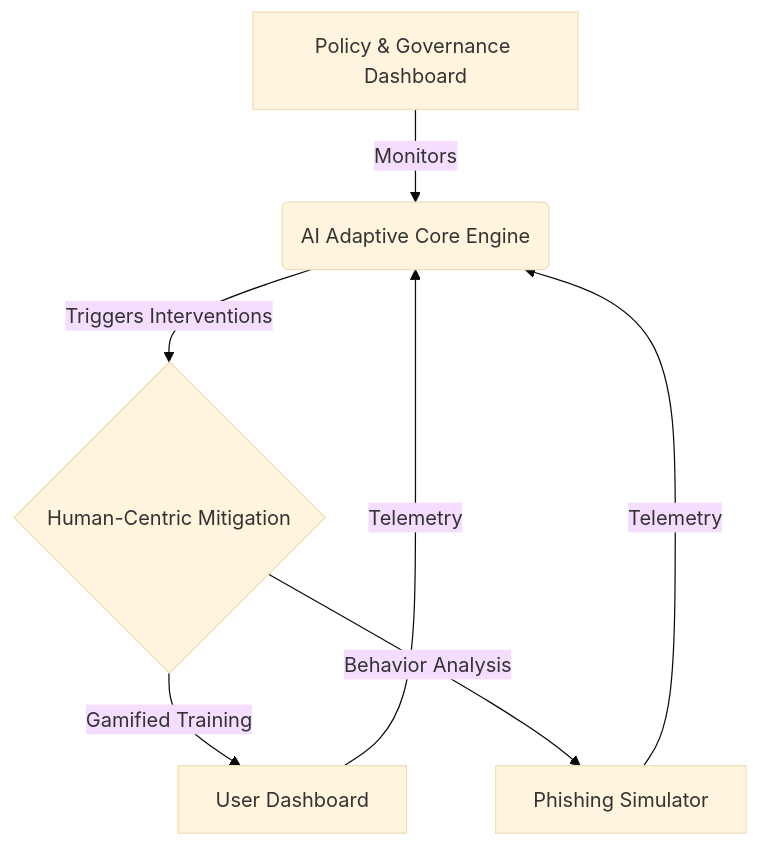
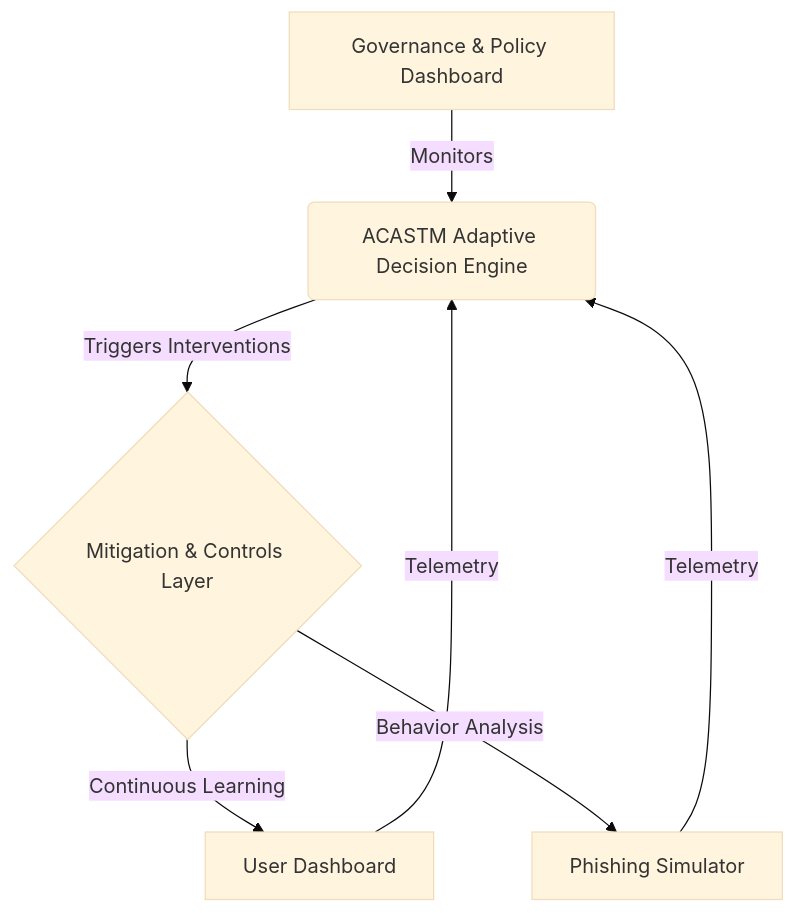
The diagram in SYSTEM_ARCHITECTURE.md (BhekumusaEric/Adaptive-Human-Centric-Socio-Technical-Security-Model-AHCSSM-), drawn with Mermaid (base theme) before and after one commit. The commit also changed other lines of this file and 14 other files, not shown here.

````diff
--- a/SYSTEM_ARCHITECTURE.md
+++ b/SYSTEM_ARCHITECTURE.md
@@ -17,9 +21,9 @@
 ```mermaid
 graph TD
-    A[Policy & Governance Dashboard] -->|Monitors| B(AI Adaptive Core Engine)
-    B -->|Triggers Interventions| C{Human-Centric Mitigation}
-    C -->|Gamified Training| D[User Dashboard]
+    A[Governance & Policy Dashboard] -->|Monitors| B(ACASTM Adaptive Decision Engine)
+    B -->|Triggers Interventions| C{Mitigation & Controls Layer}
+    C -->|Continuous Learning| D[User Dashboard]
     C -->|Behavior Analysis| E[Phishing Simulator]
     D -->|Telemetry| B
     E -->|Telemetry| B
 ```
````
